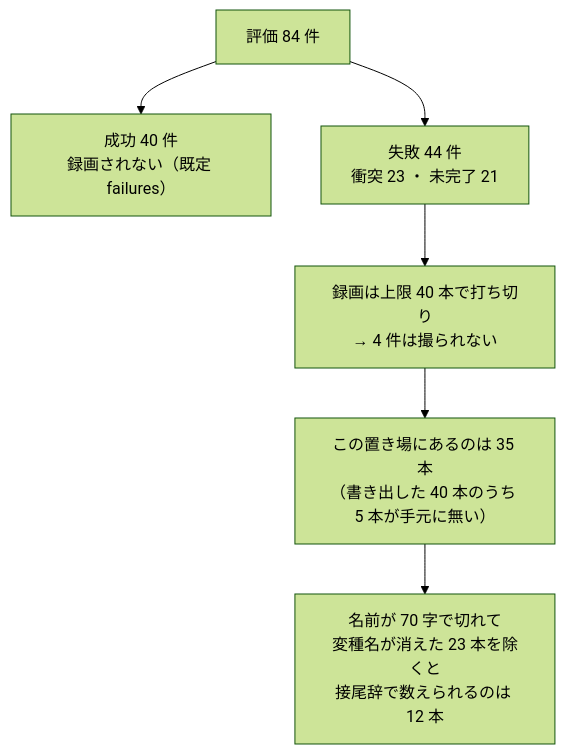
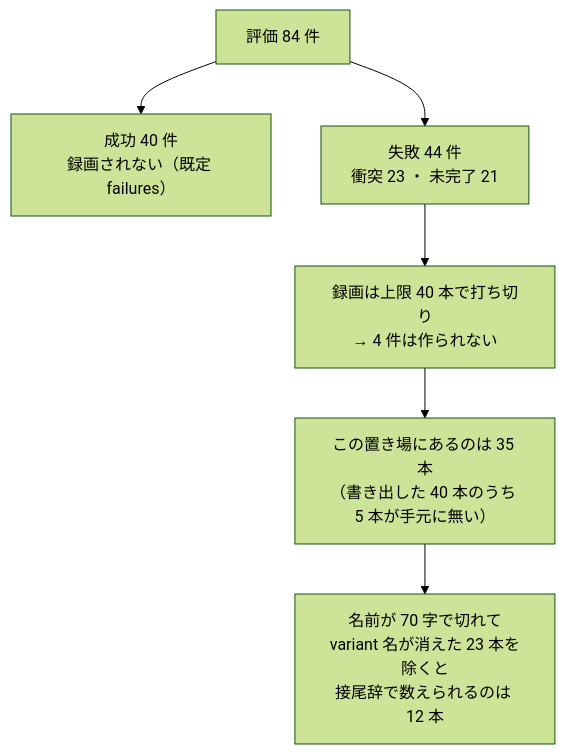
The diagram in docs/reference/08_appearance_spread.md (siruku6/PARC2026_pre), drawn with Mermaid (forest theme) before and after one commit. The commit also changed other lines of this file and 93 other files, not shown here.

````diff
--- a/docs/reference/08_appearance_spread.md
+++ b/docs/reference/08_appearance_spread.md
@@ -22,8 +24,8 @@
 ```mermaid
 flowchart TD
     A["評価 84 件"] --> B["成功 40 件<br/>録画されない（既定 failures）"]
     A --> C["失敗 44 件<br/>衝突 23 ・ 未完了 21"]
-    C --> D["録画は上限 40 本で打ち切り<br/>→ 4 件は撮られない"]
+    C --> D["録画は上限 40 本で打ち切り<br/>→ 4 件は作られない"]
     D --> E["この置き場にあるのは 35 本<br/>（書き出した 40 本のうち 5 本が手元に無い）"]
-    E --> F["名前が 70 字で切れて<br/>変種名が消えた 23 本を除くと<br/>接尾辞で数えられるのは 12 本"]
+    E --> F["名前が 70 字で切れて<br/>variant 名が消えた 23 本を除くと<br/>接尾辞で数えられるのは 12 本"]
 ```
````
